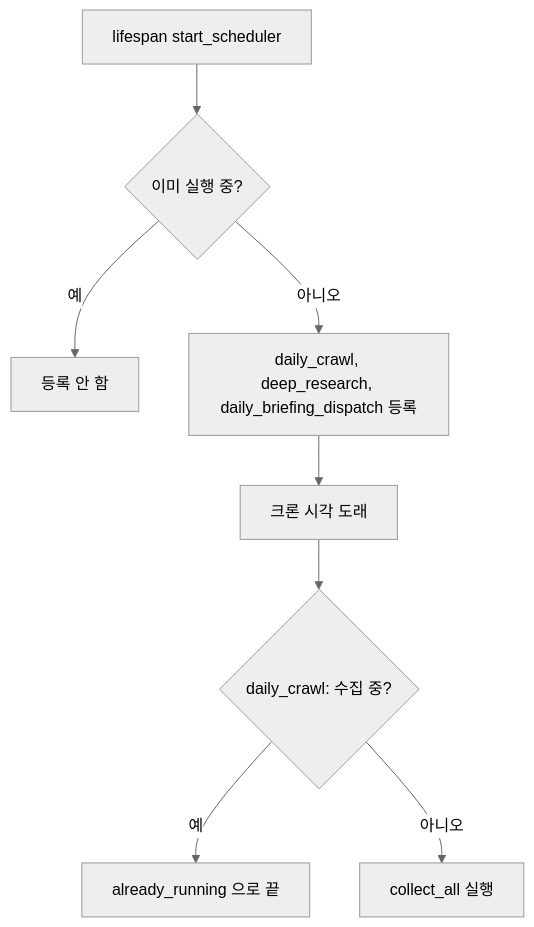
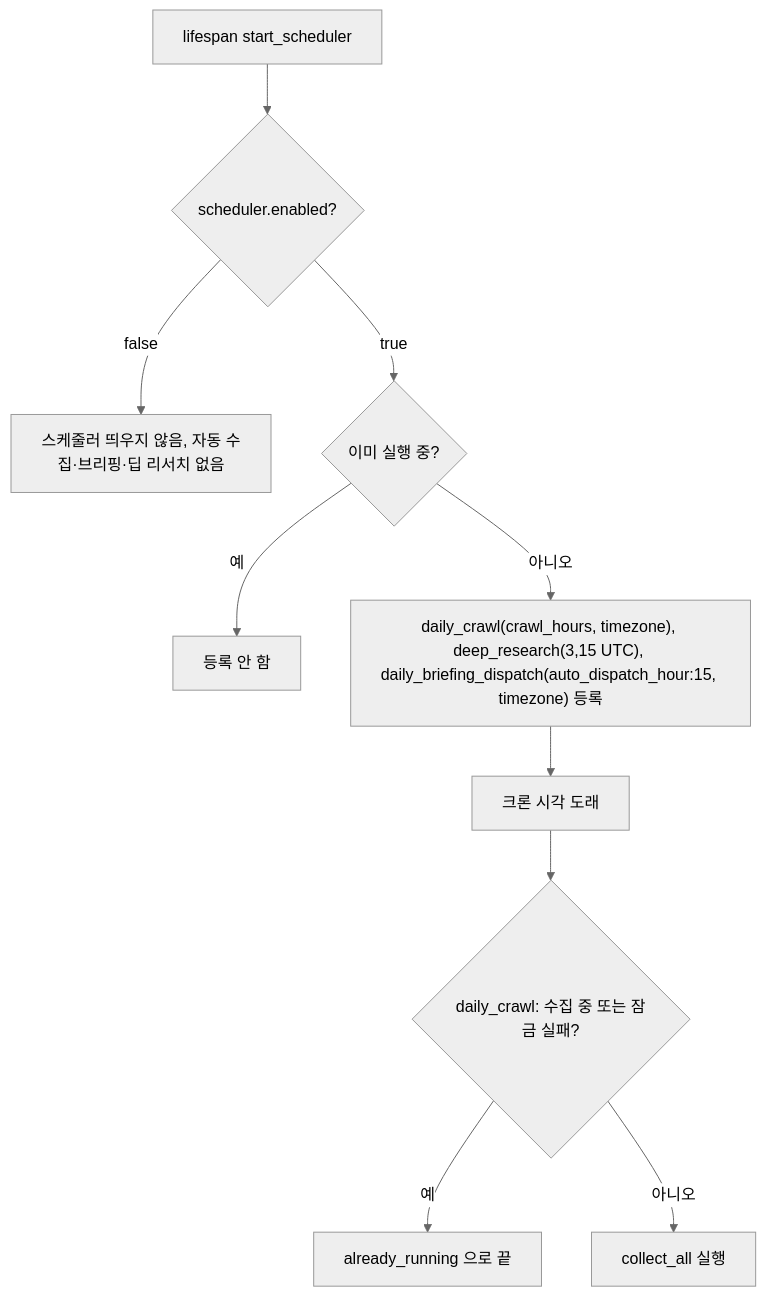
Before and after one commit to ozplayground/agent-lens: diagram 19 of 26 in docs/spec-writer/fsd/03_COLLECTION_SPECIFICATION.md, drawn with Mermaid (neutral theme). The commit also changed other lines of this file and 216 other files, not shown here.

````diff
--- a/docs/spec-writer/fsd/03_COLLECTION_SPECIFICATION.md
+++ b/docs/spec-writer/fsd/03_COLLECTION_SPECIFICATION.md
@@ -1211,10 +1250,12 @@
 ```mermaid
 flowchart TD
-    A["lifespan start_scheduler"] --> B{"이미 실행 중?"}
+    A["lifespan start_scheduler"] --> A2{"scheduler.enabled?"}
+    A2 -->|false| A3["스케줄러 띄우지 않음, 자동 수집·브리핑·딥 리서치 없음"]
+    A2 -->|true| B{"이미 실행 중?"}
     B -->|예| C["등록 안 함"]
-    B -->|아니오| D["daily_crawl, deep_research, daily_briefing_dispatch 등록"]
+    B -->|아니오| D["daily_crawl(crawl_hours, timezone), deep_research(3,15 UTC), daily_briefing_dispatch(auto_dispatch_hour:15, timezone) 등록"]
     D --> E["크론 시각 도래"]
-    E --> F{"daily_crawl: 수집 중?"}
+    E --> F{"daily_crawl: 수집 중 또는 잠금 실패?"}
     F -->|예| G["already_running 으로 끝"]
     F -->|아니오| H["collect_all 실행"]
 ```
````
